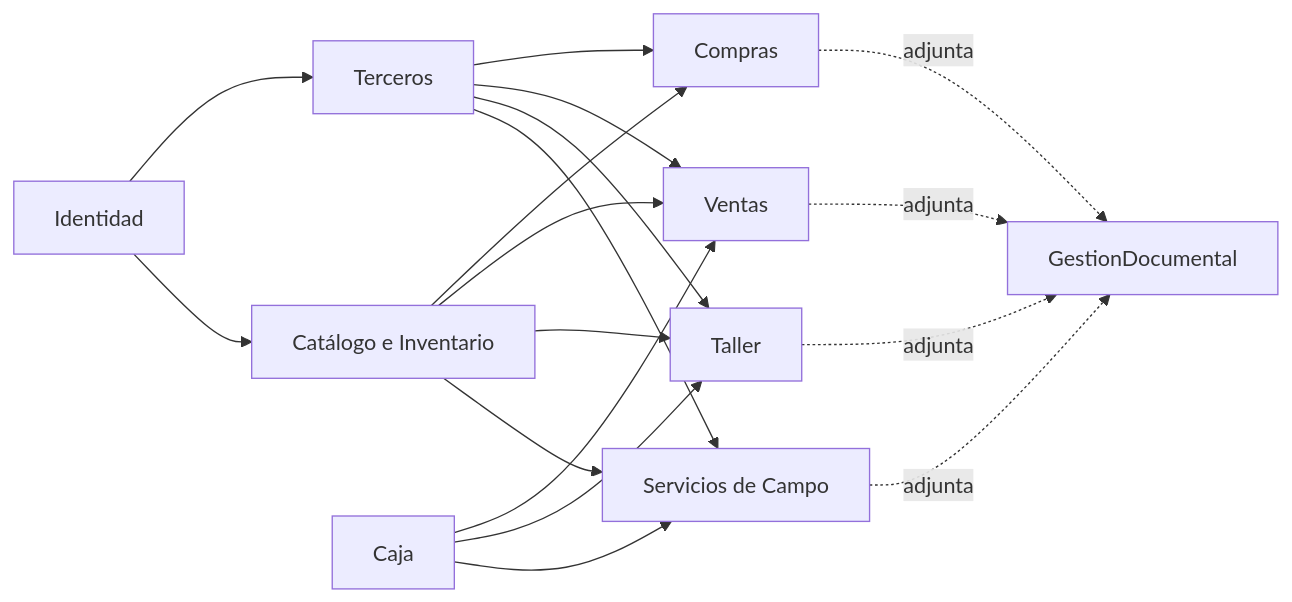
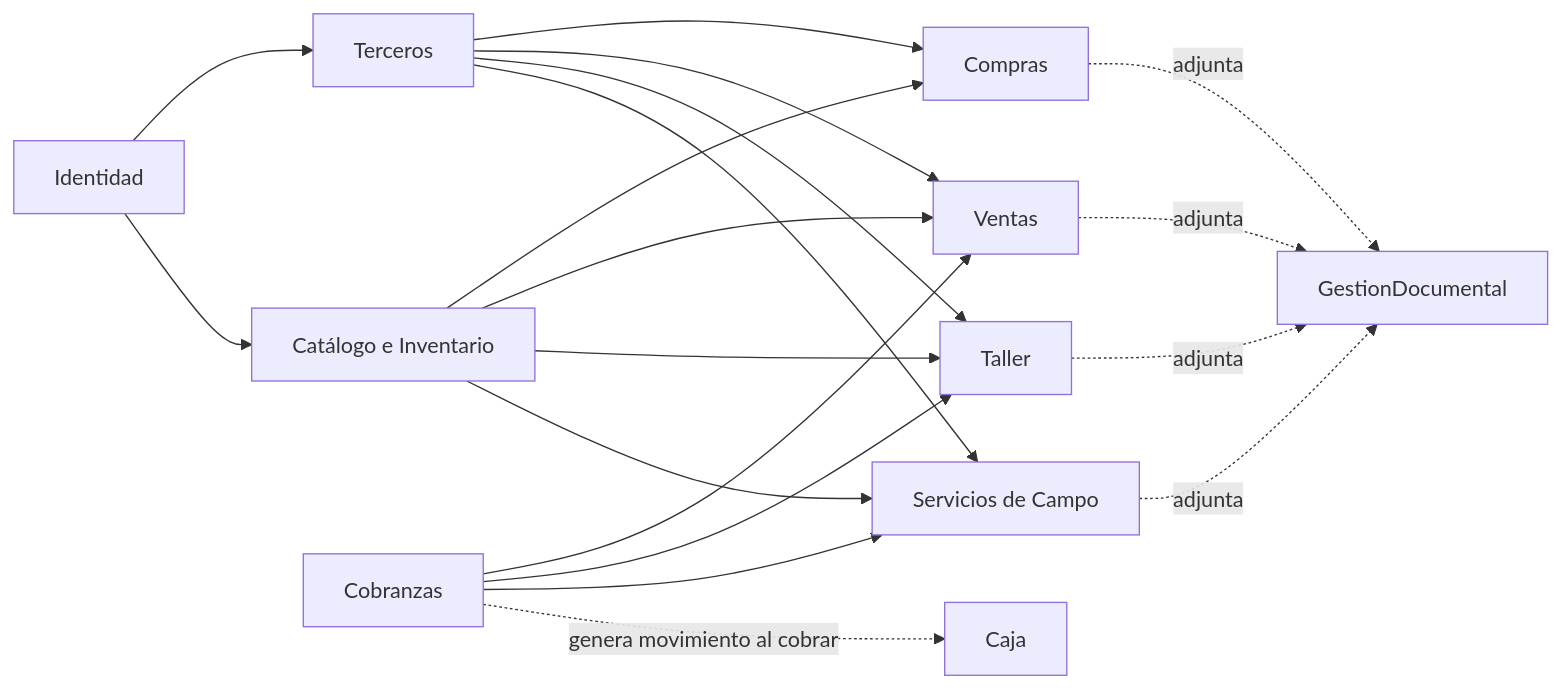
One commit to JoseAntonioZ1/ISARMIN-ERP changed the second of 2 diagrams in docs/03-Architecture/Architecture-Overview.md. Above: the diagram before and after it, drawn with Mermaid. The commit also changed other lines of this file and 5 other files, not shown here.

First line of the commit message:
refactor(architecture): separar Cobranzas de Caja, simplificar MovimientoInventario, CQRS ligero

````diff
--- a/docs/03-Architecture/Architecture-Overview.md
+++ b/docs/03-Architecture/Architecture-Overview.md
@@ -102,20 +119,21 @@
 ```mermaid
 flowchart LR
     Identidad --> Terceros
     Identidad --> Inventario["Catálogo e Inventario"]
     Terceros --> Compras
     Inventario --> Compras
     Terceros --> Ventas
     Inventario --> Ventas
-    Caja --> Ventas
+    Cobranzas --> Ventas
     Terceros --> Taller
     Inventario --> Taller
-    Caja --> Taller
+    Cobranzas --> Taller
     Terceros --> Campo["Servicios de Campo"]
     Inventario --> Campo
-    Caja --> Campo
+    Cobranzas --> Campo
+    Cobranzas -.genera movimiento al cobrar.-> Caja
     Ventas -.adjunta.-> GestionDocumental
     Compras -.adjunta.-> GestionDocumental
     Taller -.adjunta.-> GestionDocumental
     Campo -.adjunta.-> GestionDocumental
 ```
````
